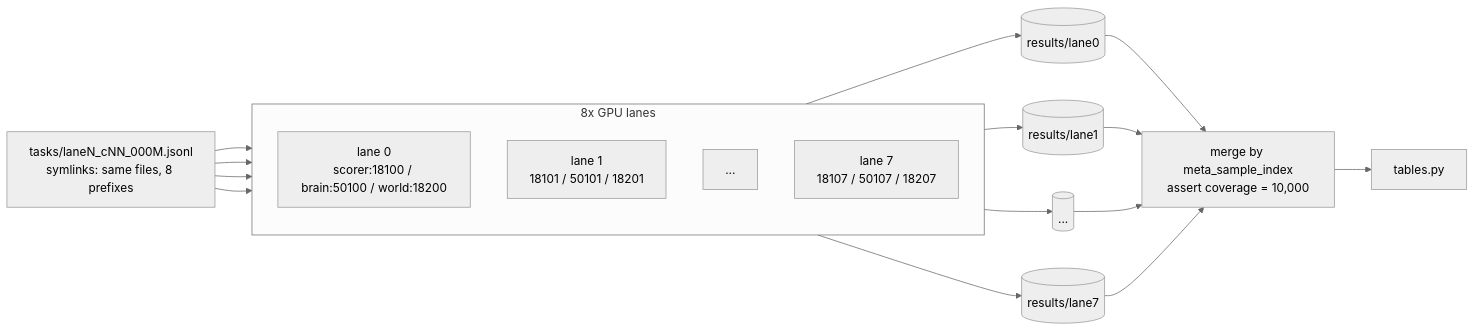
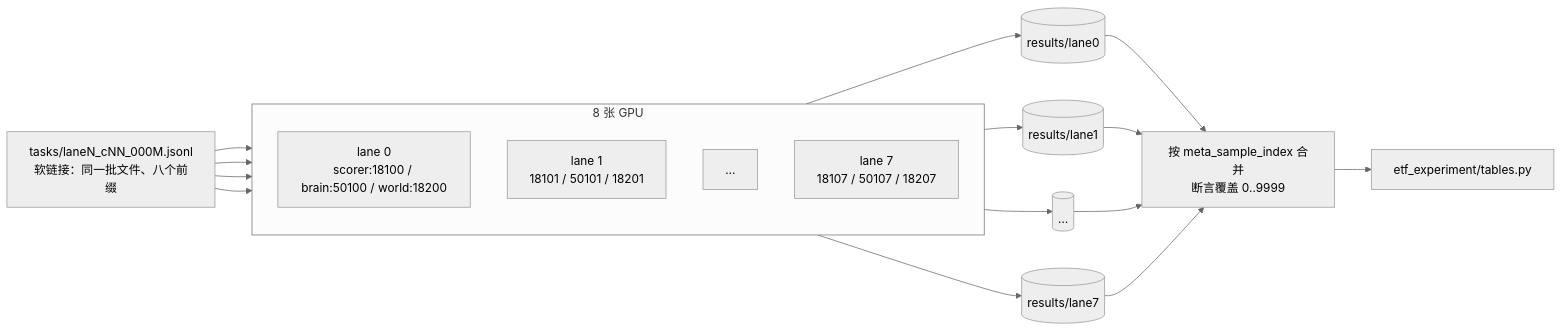
One commit to ShuKK777/etf-household-experiment changed the second of 3 diagrams in docs/调用链路.md. Above: the diagram before and after it, drawn with Mermaid (neutral theme). The commit also changed other lines of this file, not shown here.

````diff
--- a/docs/调用链路.md
+++ b/docs/调用链路.md
@@ -61,18 +77,18 @@
 ```mermaid
 flowchart LR
-    subgraph host["8x GPU lanes"]
+    subgraph host["8 张 GPU"]
         direction TB
         L0["lane 0<br/>scorer:18100 / brain:50100 / world:18200"]
         L1["lane 1<br/>18101 / 50101 / 18201"]
-        Ldots["..."]
+        Ldots["…"]
         L7["lane 7<br/>18107 / 50107 / 18207"]
     end
 
-    T["tasks/laneN_cNN_000M.jsonl<br/>symlinks: same files, 8 prefixes"] --> L0 & L1 & Ldots & L7
+    T["tasks/laneN_cNN_000M.jsonl<br/>软链接：同一批文件、八个前缀"] --> L0 & L1 & Ldots & L7
     L0 --> R0[("results/lane0")]
     L1 --> R1[("results/lane1")]
-    Ldots --> Rd[("...")]
+    Ldots --> Rd[("…")]
     L7 --> R7[("results/lane7")]
-    R0 & R1 & Rd & R7 --> M["merge by meta_sample_index<br/>assert coverage = 10,000"]
-    M --> TB["tables.py"]
+    R0 & R1 & Rd & R7 --> M["按 meta_sample_index 合并<br/>断言覆盖 0..9999"]
+    M --> TB["etf_experiment/tables.py"]
 ```
````
